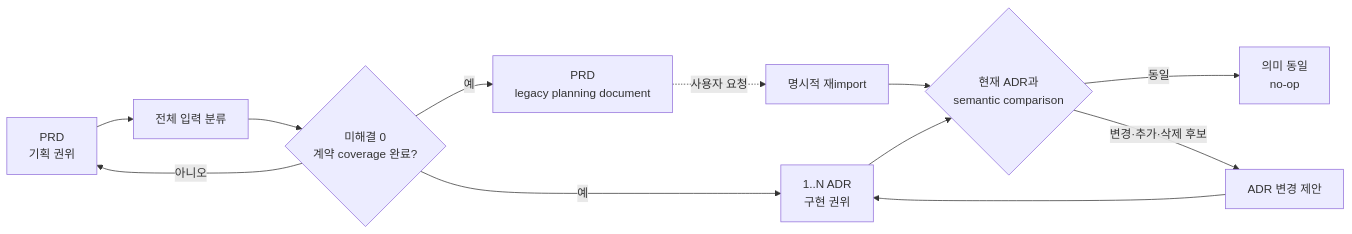
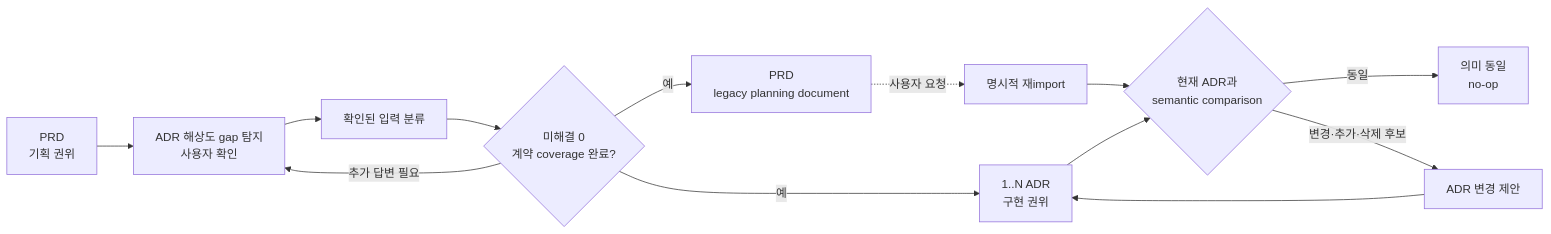
The diagram in docs/adr/alps-authoring/spec-handoff/0001-admission-aware-feature-handoff.md (haandol/alps-writer-mcp), drawn with Mermaid before and after one commit. The commit also changed other lines of this file and 23 other files, not shown here.

````diff
--- a/docs/adr/alps-authoring/spec-handoff/0001-admission-aware-feature-handoff.md
+++ b/docs/adr/alps-authoring/spec-handoff/0001-admission-aware-feature-handoff.md
@@ -46,22 +56,23 @@
 ```mermaid
 flowchart LR
     PRD["PRD<br/>기획 권위"]
-    Classify["전체 입력 분류"]
+    Enrich["ADR 해상도 gap 탐지<br/>사용자 확인"]
+    Classify["확인된 입력 분류"]
     Complete{"미해결 0<br/>계약 coverage 완료?"}
     ADR["1..N ADR<br/>구현 권위"]
     Legacy["PRD<br/>legacy planning document"]
     Reimport["명시적 재import"]
     Compare{"현재 ADR과<br/>semantic comparison"}
     Noop["의미 동일<br/>no-op"]
     Change["ADR 변경 제안"]
 
-    PRD --> Classify --> Complete
-    Complete -->|아니오| PRD
+    PRD --> Enrich --> Classify --> Complete
+    Complete -->|추가 답변 필요| Enrich
     Complete -->|예| ADR
     Complete -->|예| Legacy
     Legacy -. 사용자 요청 .-> Reimport --> Compare
     ADR --> Compare
     Compare -->|동일| Noop
     Compare -->|변경·추가·삭제 후보| Change
     Change --> ADR
 ```
````
